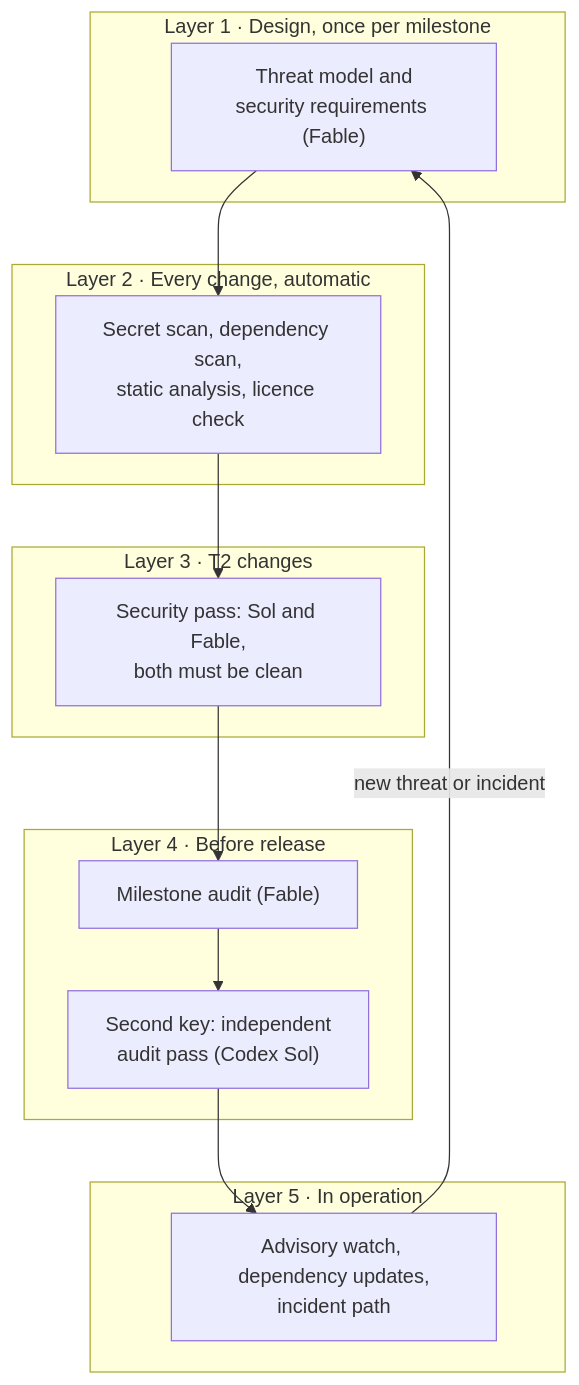
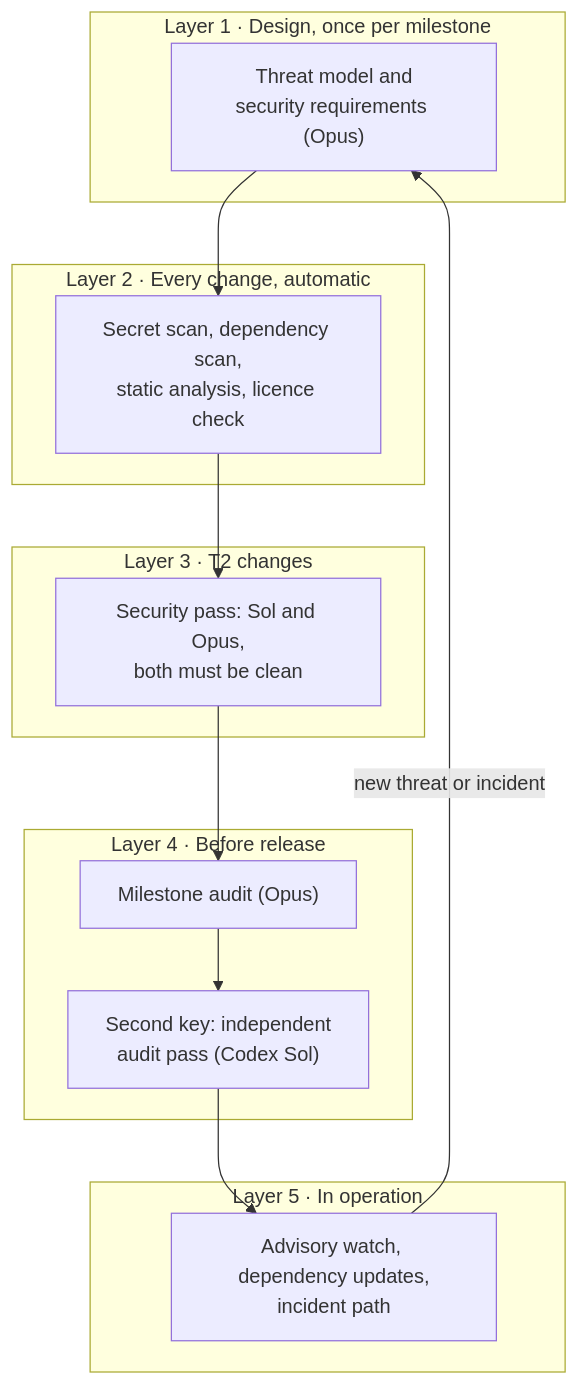
Before and after one commit to gerdschaeffer/t3-agentic-coding: the ninth of 12 diagrams in CONCEPT.md, drawn with Mermaid. The commit also changed other lines of this file and 1 other file, not shown here.

First line of the commit message:
Move security-engineer from Fable 5.2 to Opus 5.5

````diff
--- a/CONCEPT.md
+++ b/CONCEPT.md
@@ -440,21 +440,21 @@
 ```mermaid
 flowchart TD
     subgraph L1["Layer 1 · Design, once per milestone"]
-        TM["Threat model and<br/>security requirements (Fable)"]
+        TM["Threat model and<br/>security requirements (Opus)"]
     end
     subgraph L2["Layer 2 · Every change, automatic"]
         SC["Secret scan, dependency scan,<br/>static analysis, licence check"]
     end
     subgraph L3["Layer 3 · T2 changes"]
-        SR["Security pass: Sol and Fable,<br/>both must be clean"]
+        SR["Security pass: Sol and Opus,<br/>both must be clean"]
     end
     subgraph L4["Layer 4 · Before release"]
-        AU["Milestone audit (Fable)"]
+        AU["Milestone audit (Opus)"]
         SK["Second key: independent<br/>audit pass (Codex Sol)"]
     end
     subgraph L5["Layer 5 · In operation"]
         MO["Advisory watch, dependency updates,<br/>incident path"]
     end
     TM --> SC --> SR --> AU --> SK --> MO
     MO -- "new threat or incident" --> TM
 ```
````
